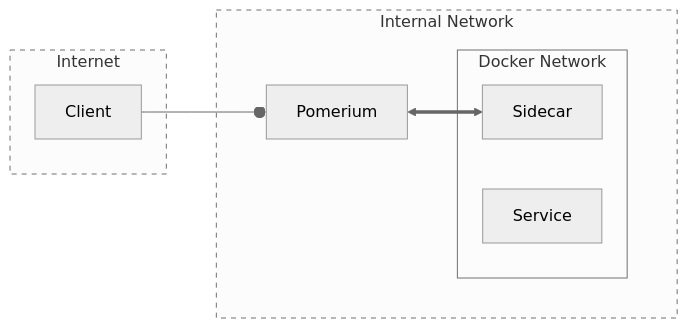
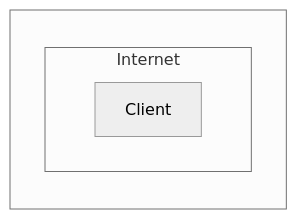
One commit to mm0202-sandbox/try-mermaid-js changed the first of 12 diagrams in sandbox/inbox.md. Above: the diagram before and after it, drawn with Mermaid (neutral theme). The commit also changed other lines of this file, not shown here.

````diff
--- a/sandbox/inbox.md
+++ b/sandbox/inbox.md
@@ -7,22 +7,15 @@
 ```mermaid
 flowchart LR
-classDef subgraph_padding fill:none,stroke:none
-subgraph Internet
-style Internet stroke-dasharray: 5 5
-D[Client]
-end
-subgraph lan [Internal Network]
-subgraph subgraph_padding1 [ ]
-  style lan stroke-dasharray: 5 5
-  A[Pomerium]
-  D--oA
-  A<==>B
-  subgraph docker [Docker Network]
-  style docker margin-top: 10
-    B[Sidecar]
-    C[Service]
+subgraph subg [ ]
+  subgraph Internet
+    D[Client]
   end
 end
+
+subgraph subg [ ]
+  style subg fill:none,stroke:none
+  subgraph Internet
+    D[Client]
+  end
 end
-class subgraph_padding1 subgraph_padding
 ```
````
